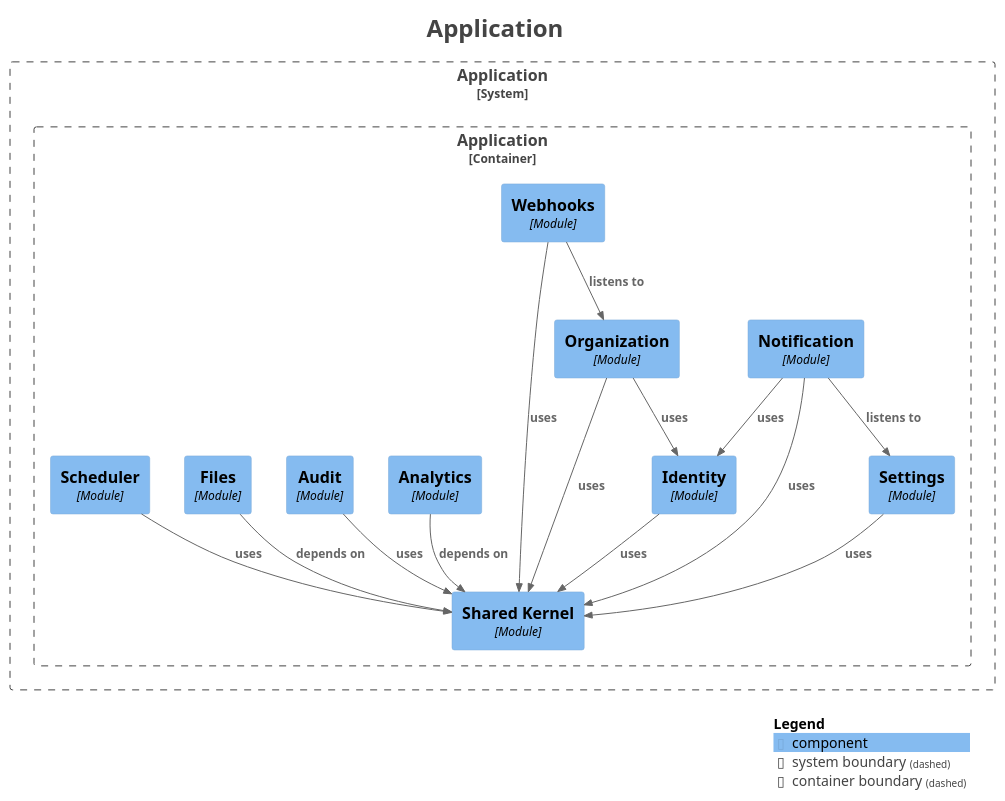
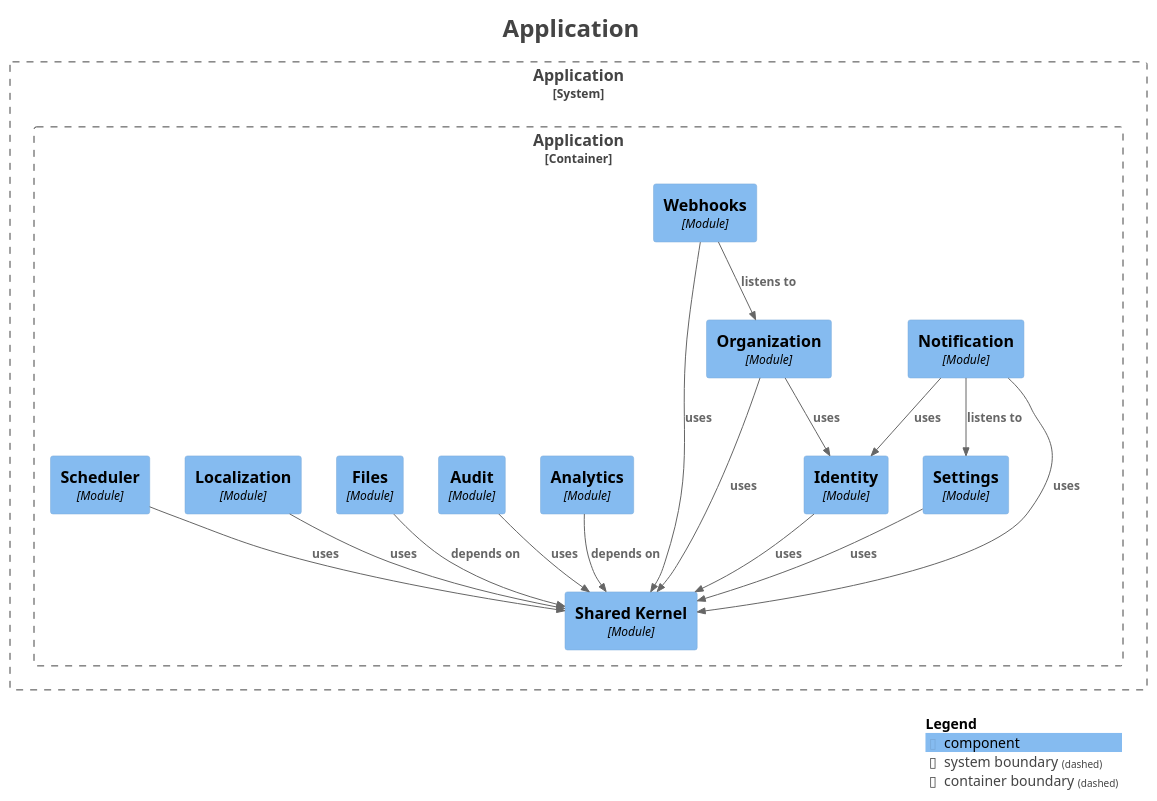
The diagram in docs/modulith/components.puml (Paul-Ayesiga/enterprise-modulith-template), drawn with PlantUML before and after one commit. The commit also changed 33 other files, not shown here.

```diff
--- a/docs/modulith/components.puml
+++ b/docs/modulith/components.puml
@@ -1,50 +1,52 @@
 @startuml
 title <size:24>Application</size>
 
 set separator none
 top to bottom direction
 
 <style>
   root {
     BackgroundColor: #ffffff
     FontColor: #444444
   }
 </style>
 
 !include <C4/C4>
 !include <C4/C4_Context>
 !include <C4/C4_Component>
 
 System_Boundary("Application_boundary", "Application", $tags="") {
   Container_Boundary("Application.Application_boundary", "Application", $tags="") {
+    Component(Application.Application.Settings, "Settings", $techn="Module", $descr="", $tags="", $link="")
     Component(Application.Application.Notification, "Notification", $techn="Module", $descr="", $tags="", $link="")
     Component(Application.Application.Organization, "Organization", $techn="Module", $descr="", $tags="", $link="")
     Component(Application.Application.Webhooks, "Webhooks", $techn="Module", $descr="", $tags="", $link="")
     Component(Application.Application.SharedKernel, "Shared Kernel", $techn="Module", $descr="", $tags="", $link="")
     Component(Application.Application.Analytics, "Analytics", $techn="Module", $descr="", $tags="", $link="")
     Component(Application.Application.Audit, "Audit", $techn="Module", $descr="", $tags="", $link="")
     Component(Application.Application.Files, "Files", $techn="Module", $descr="", $tags="", $link="")
     Component(Application.Application.Identity, "Identity", $techn="Module", $descr="", $tags="", $link="")
+    Component(Application.Application.Localization, "Localization", $techn="Module", $descr="", $tags="", $link="")
     Component(Application.Application.Scheduler, "Scheduler", $techn="Module", $descr="", $tags="", $link="")
-    Component(Application.Application.Settings, "Settings", $techn="Module", $descr="", $tags="", $link="")
   }
 
 }
 
-Rel(Application.Application.Files, Application.Application.SharedKernel, "depends on", $techn="", $tags="", $link="")
-Rel(Application.Application.Analytics, Application.Application.SharedKernel, "depends on", $techn="", $tags="", $link="")
 Rel(Application.Application.Scheduler, Application.Application.SharedKernel, "uses", $techn="", $tags="", $link="")
-Rel(Application.Application.Identity, Application.Application.SharedKernel, "uses", $techn="", $tags="", $link="")
-Rel(Application.Application.Settings, Application.Application.SharedKernel, "uses", $techn="", $tags="", $link="")
 Rel(Application.Application.Notification, Application.Application.Settings, "listens to", $techn="", $tags="", $link="")
 Rel(Application.Application.Notification, Application.Application.SharedKernel, "uses", $techn="", $tags="", $link="")
 Rel(Application.Application.Notification, Application.Application.Identity, "uses", $techn="", $tags="", $link="")
+Rel(Application.Application.Analytics, Application.Application.SharedKernel, "depends on", $techn="", $tags="", $link="")
 Rel(Application.Application.Audit, Application.Application.SharedKernel, "uses", $techn="", $tags="", $link="")
+Rel(Application.Application.Files, Application.Application.SharedKernel, "depends on", $techn="", $tags="", $link="")
+Rel(Application.Application.Localization, Application.Application.SharedKernel, "uses", $techn="", $tags="", $link="")
+Rel(Application.Application.Identity, Application.Application.SharedKernel, "uses", $techn="", $tags="", $link="")
+Rel(Application.Application.Settings, Application.Application.SharedKernel, "uses", $techn="", $tags="", $link="")
 Rel(Application.Application.Organization, Application.Application.Identity, "uses", $techn="", $tags="", $link="")
 Rel(Application.Application.Organization, Application.Application.SharedKernel, "uses", $techn="", $tags="", $link="")
 Rel(Application.Application.Webhooks, Application.Application.Organization, "listens to", $techn="", $tags="", $link="")
 Rel(Application.Application.Webhooks, Application.Application.SharedKernel, "uses", $techn="", $tags="", $link="")
 
 SHOW_LEGEND(true)
 hide stereotypes
 @enduml
```
